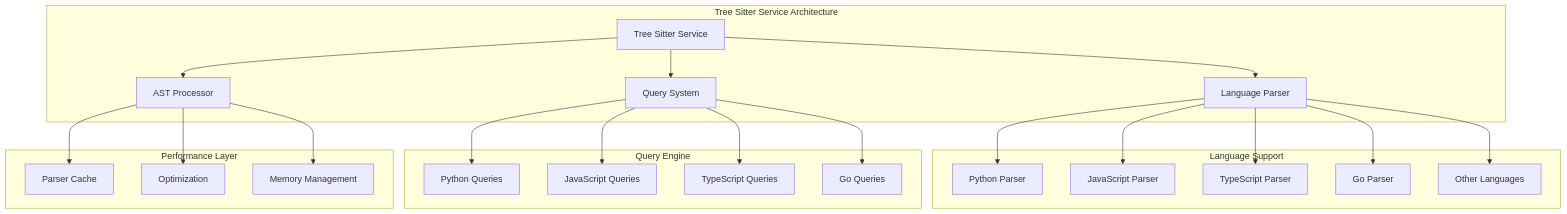
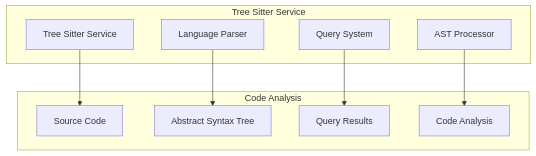
The diagram in docs/integrations/TREE_SITTER_SERVICE.md (mschulkind/kilocode), drawn with Mermaid before and after one commit. The commit also changed other lines of this file and 41 other files, not shown here.

````diff
--- a/docs/integrations/TREE_SITTER_SERVICE.md
+++ b/docs/integrations/TREE_SITTER_SERVICE.md
@@ -43,49 +47,21 @@
 ```mermaid
 graph TB
-    subgraph "Tree Sitter Service Architecture"
+    subgraph "Tree Sitter Service"
         TS[Tree Sitter Service]
         LP[Language Parser]
         QS[Query System]
         AP[AST Processor]
     end
-
-    subgraph "Language Support"
-        PY[Python Parser]
-        JS[JavaScript Parser]
-        TS_LANG[TypeScript Parser]
-        GO[Go Parser]
-        OTHER[Other Languages]
+    
+    subgraph "Code Analysis"
+        SOURCE[Source Code]
+        AST[Abstract Syntax Tree]
+        QUERIES[Query Results]
+        ANALYSIS[Code Analysis]
     end
-
-    subgraph "Query Engine"
-        PQ[Python Queries]
-        JQ[JavaScript Queries]
-        TQ[TypeScript Queries]
-        GQ[Go Queries]
-    end
-
-    subgraph "Performance Layer"
-        CACHE[Parser Cache]
-        OPT[Optimization]
-        MEM[Memory Management]
-    end
-
-    TS --> LP
-    TS --> QS
-    TS --> AP
-
-    LP --> PY
-    LP --> JS
-    LP --> TS_LANG
-    LP --> GO
-    LP --> OTHER
-
-    QS --> PQ
-    QS --> JQ
-    QS --> TQ
-    QS --> GQ
-
-    AP --> CACHE
-    AP --> OPT
-    AP --> MEM
+    
+    TS --> SOURCE
+    LP --> AST
+    QS --> QUERIES
+    AP --> ANALYSIS
 ```
````
